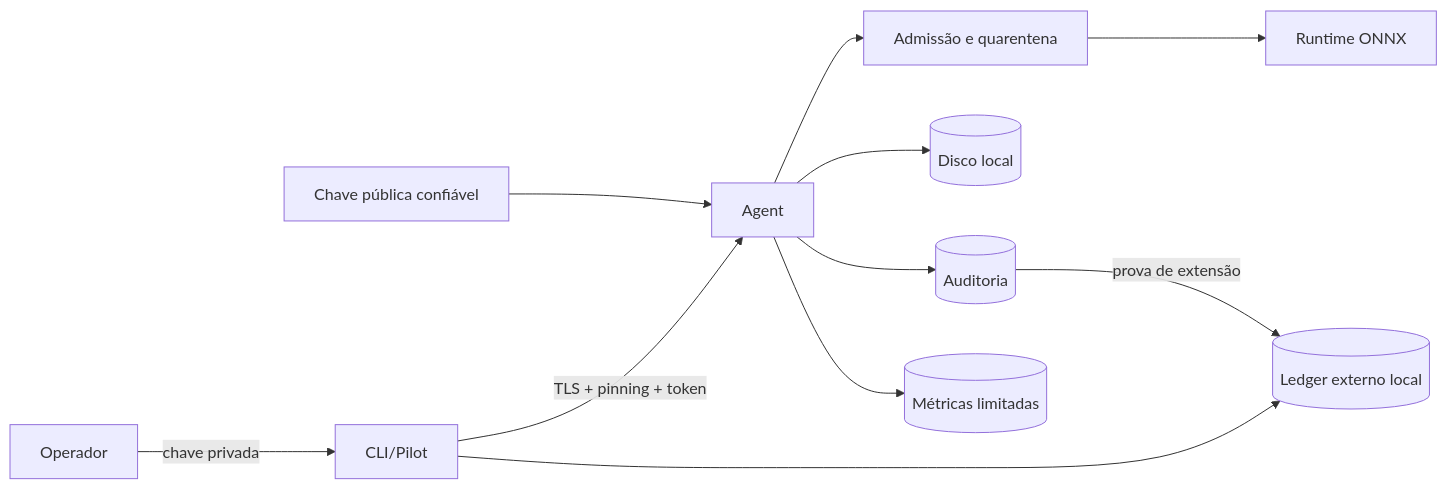
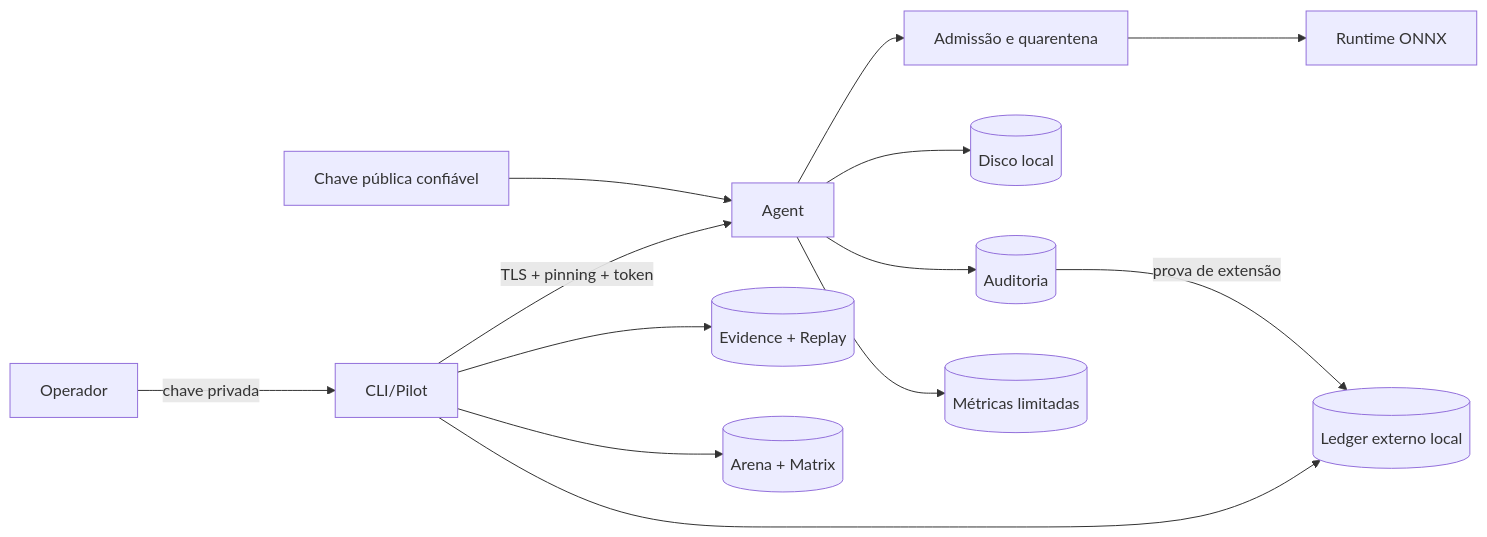
Before and after one commit to start6202783-dotcom/MiraiOS: the diagram in docs/threat-model.md, drawn with Mermaid. The commit also changed other lines of this file and 30 other files, not shown here.

````diff
--- a/docs/threat-model.md
+++ b/docs/threat-model.md
@@ -23,13 +24,15 @@
 ```mermaid
 flowchart LR
     U[Operador] -->|chave privada| C[CLI/Pilot]
     C -->|TLS + pinning + token| A[Agent]
     K[Chave pública confiável] --> A
     A --> Q[Admissão e quarentena]
     Q --> R[Runtime ONNX]
     A --> D[(Disco local)]
     A --> L[(Auditoria)]
     C --> X[(Ledger externo local)]
     L -->|prova de extensão| X
     A --> M[(Métricas limitadas)]
+    C --> E[(Evidence + Replay)]
+    C --> B[(Arena + Matrix)]
 ```
````
